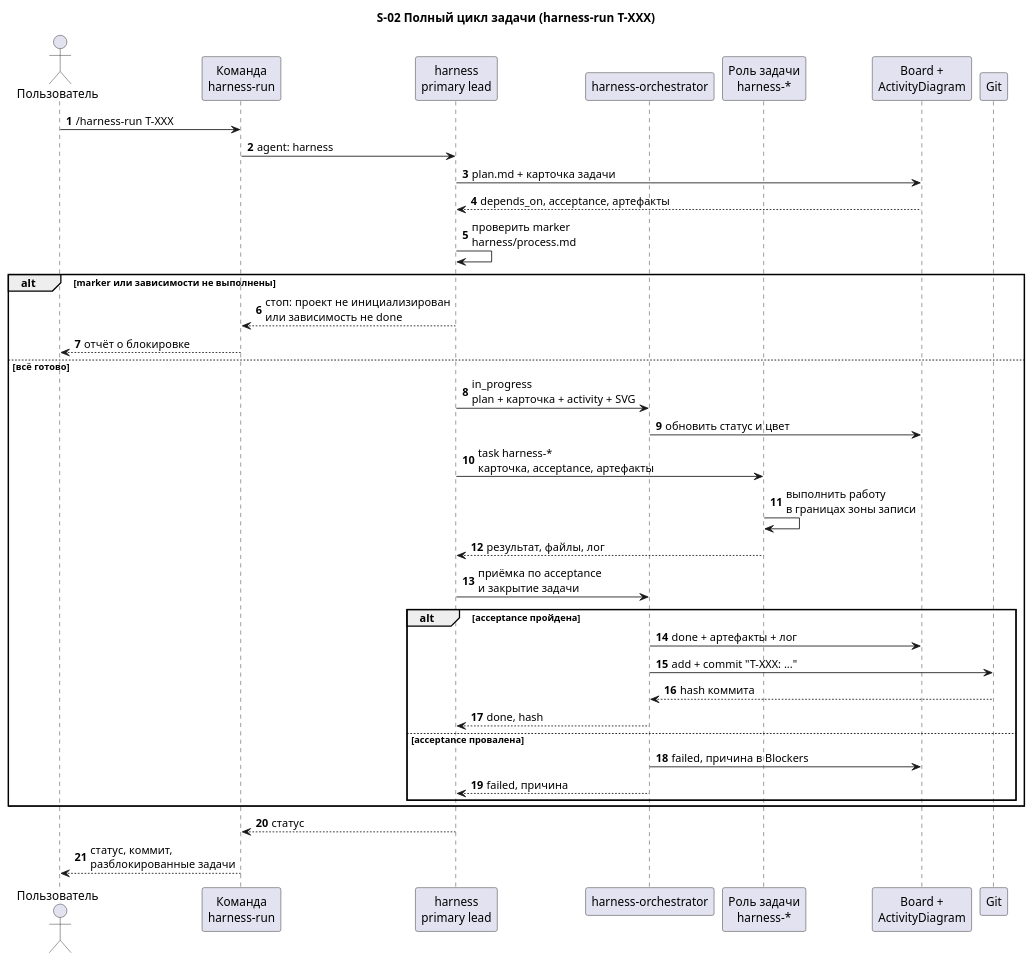
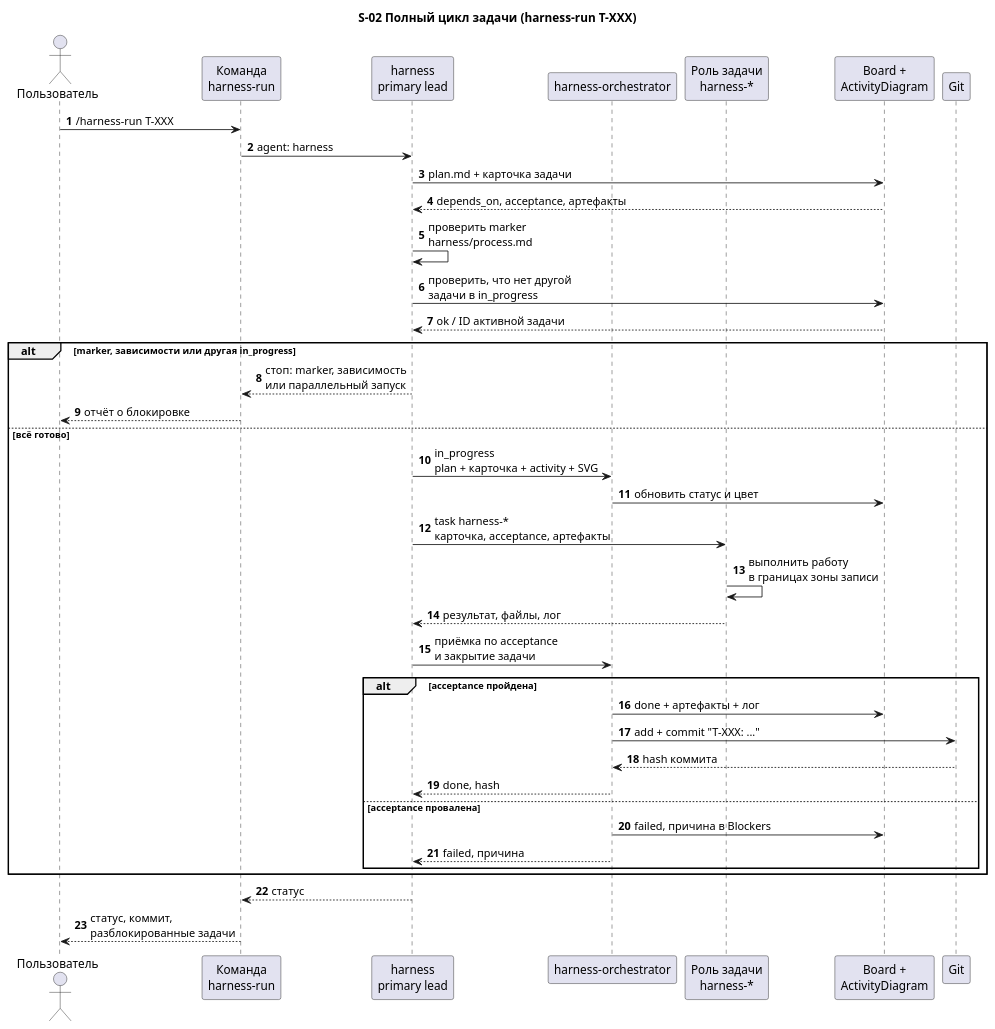
The diagram in docs/description/diagrams/seq-02-harness-run.puml (serge-sasov/harness), drawn with PlantUML before and after one commit. The commit also changed 11 other files, not shown here.

```diff
--- a/docs/description/diagrams/seq-02-harness-run.puml
+++ b/docs/description/diagrams/seq-02-harness-run.puml
@@ -1,41 +1,43 @@
 @startuml
 autonumber
 skinparam defaultFontName Segoe UI
 title S-02 Полный цикл задачи (harness-run T-XXX)
 
 actor "Пользователь" as user
 participant "Команда\nharness-run" as cmd
 participant "harness\nprimary lead" as lead
 participant "harness-orchestrator" as orch
 participant "Роль задачи\nharness-*" as role
 participant "Board +\nActivityDiagram" as board
 participant "Git" as git
 
 user -> cmd : /harness-run T-XXX
 cmd -> lead : agent: harness
 lead -> board : plan.md + карточка задачи
 board --> lead : depends_on, acceptance, артефакты
 lead -> lead : проверить marker\nharness/process.md
-alt marker или зависимости не выполнены
-  lead --> cmd : стоп: проект не инициализирован\nили зависимость не done
+lead -> board : проверить, что нет другой\nзадачи в in_progress
+board --> lead : ok / ID активной задачи
+alt marker, зависимости или другая in_progress
+  lead --> cmd : стоп: marker, зависимость\nили параллельный запуск
   cmd --> user : отчёт о блокировке
 else всё готово
   lead -> orch : in_progress\nplan + карточка + activity + SVG
   orch -> board : обновить статус и цвет
   lead -> role : task harness-*\nкарточка, acceptance, артефакты
   role -> role : выполнить работу\nв границах зоны записи
   role --> lead : результат, файлы, лог
   lead -> orch : приёмка по acceptance\nи закрытие задачи
   alt acceptance пройдена
     orch -> board : done + артефакты + лог
     orch -> git : add + commit "T-XXX: ..."
     git --> orch : hash коммита
     orch --> lead : done, hash
   else acceptance провалена
     orch -> board : failed, причина в Blockers
     orch --> lead : failed, причина
   end
 end
 lead --> cmd : статус
 cmd --> user : статус, коммит,\nразблокированные задачи
 @enduml
```
